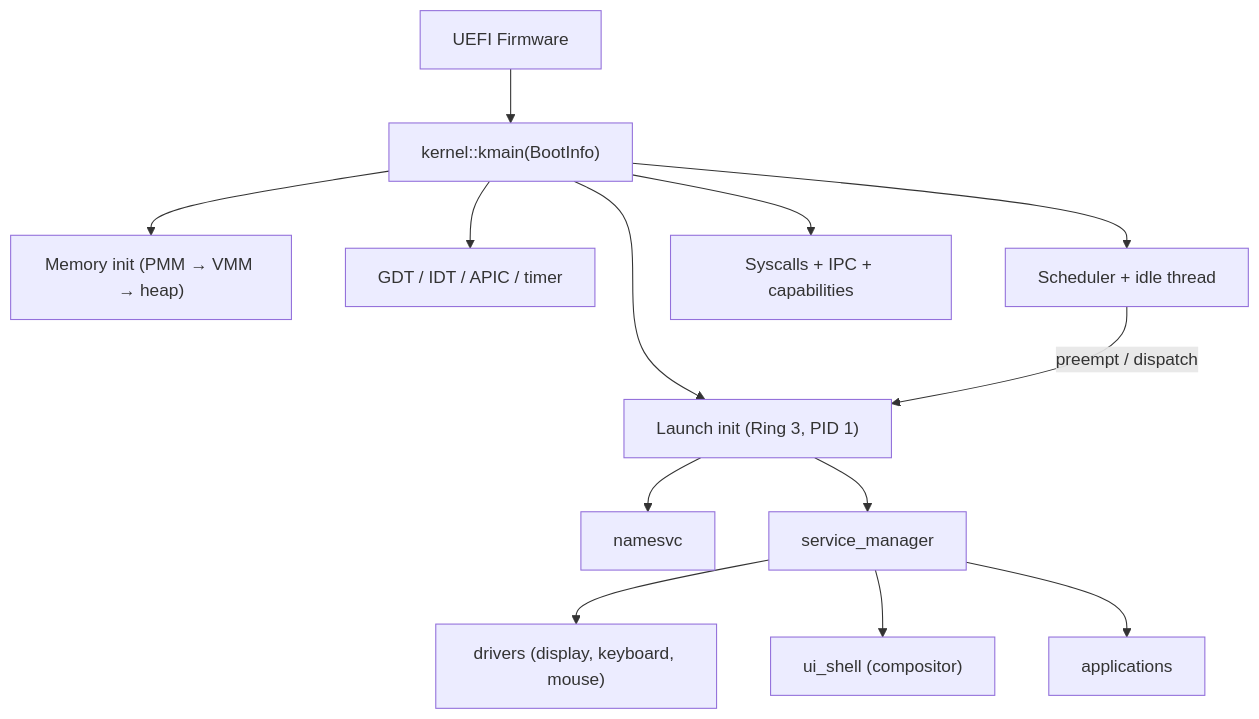
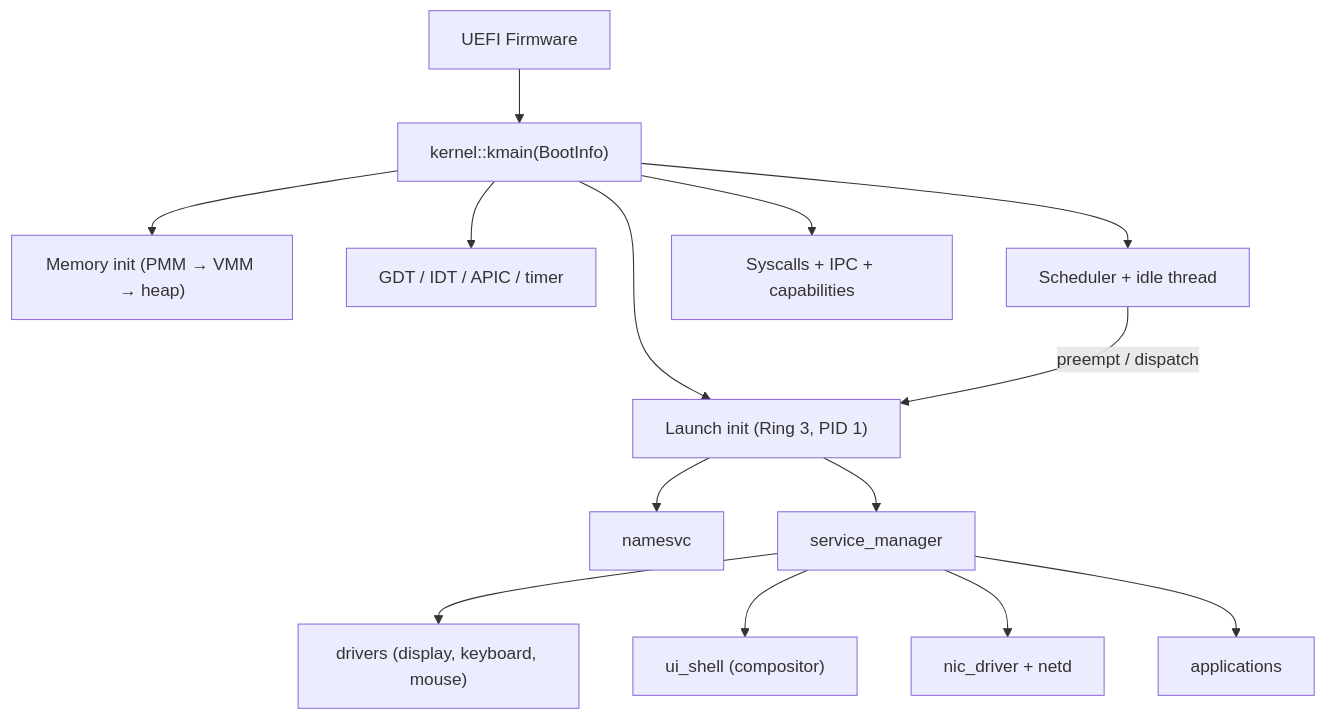
The first of 2 diagrams in README-PTBR.md (fpedrolucas95/Atom), drawn with Mermaid before and after one commit. The commit also changed other lines of this file and 122 other files, not shown here.

First line of the commit message:
docs: sync README/ROADMAP with reality and make the CI gates green

````diff
--- a/README-PTBR.md
+++ b/README-PTBR.md
@@ -96,15 +107,16 @@
 ```mermaid
 flowchart TB
     UEFI["UEFI Firmware"] --> KMAIN["kernel::kmain(BootInfo)"]
     KMAIN --> MM["Memory init (PMM → VMM → heap)"]
     KMAIN --> CPU["GDT / IDT / APIC / timer"]
     KMAIN --> SCHED["Scheduler + idle thread"]
     KMAIN --> ABI["Syscalls + IPC + capabilities"]
     KMAIN --> INIT["Launch init (Ring 3, PID 1)"]
     INIT --> NS["namesvc"]
     INIT --> SM["service_manager"]
     SM --> DRV["drivers (display, keyboard, mouse)"]
     SM --> UI["ui_shell (compositor)"]
+    SM --> NET["nic_driver + netd"]
     SM --> APPS["applications"]
     SCHED -->|"preempt / dispatch"| INIT
 ```
````
